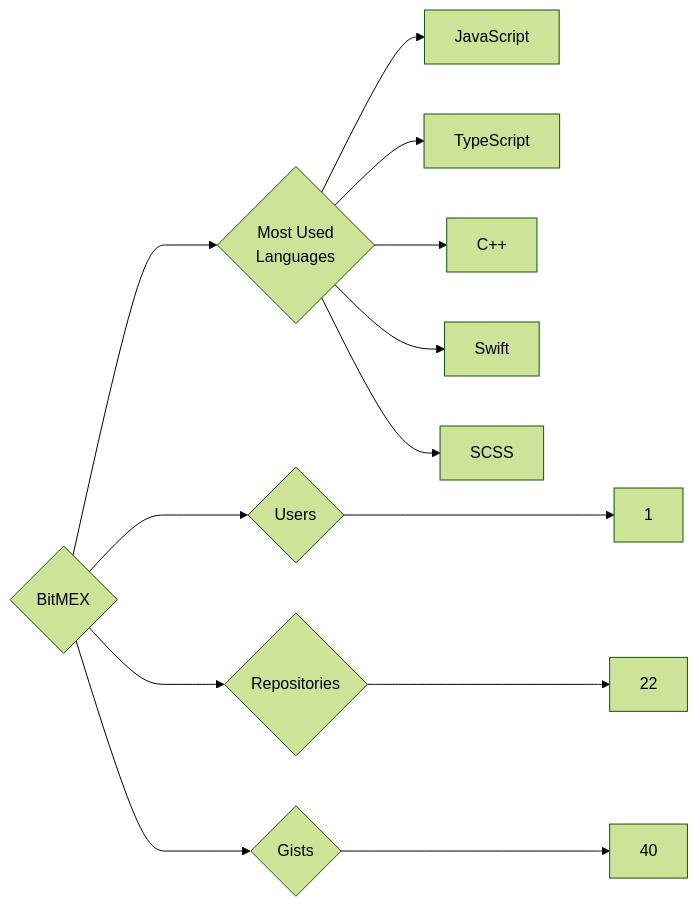
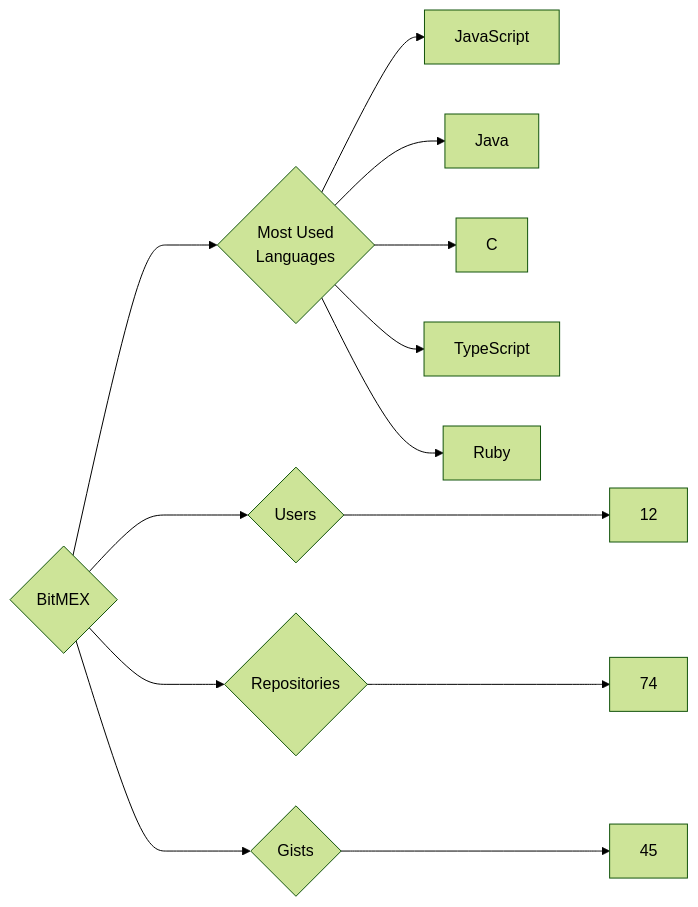
Before and after one commit to trickest/insiders: the diagram in targets/BitMEX/README.md, drawn with Mermaid (forest theme). The commit also changed 681 other files, not shown here.

````diff
--- a/targets/BitMEX/README.md
+++ b/targets/BitMEX/README.md
@@ -3,13 +3,13 @@
 ```mermaid
 graph LR
 COMPANY_NAME{BitMEX}
-COMPANY_NAME ---> U{Users} ---> UN[1]
-COMPANY_NAME ---> R{Repositories} ---> RN[22]
-COMPANY_NAME ---> G{Gists} ---> GN[40]
+COMPANY_NAME ---> U{Users} ---> UN[12]
+COMPANY_NAME ---> R{Repositories} ---> RN[74]
+COMPANY_NAME ---> G{Gists} ---> GN[45]
 COMPANY_NAME ---> ML{Most Used<br>Languages}
 ML --> JavaScript[JavaScript]
+ML --> Java[Java]
+ML --> C[C]
 ML --> TypeScript[TypeScript]
-ML --> C++[C++]
-ML --> Swift[Swift]
-ML --> SCSS[SCSS]
+ML --> Ruby[Ruby]
 ```
````
